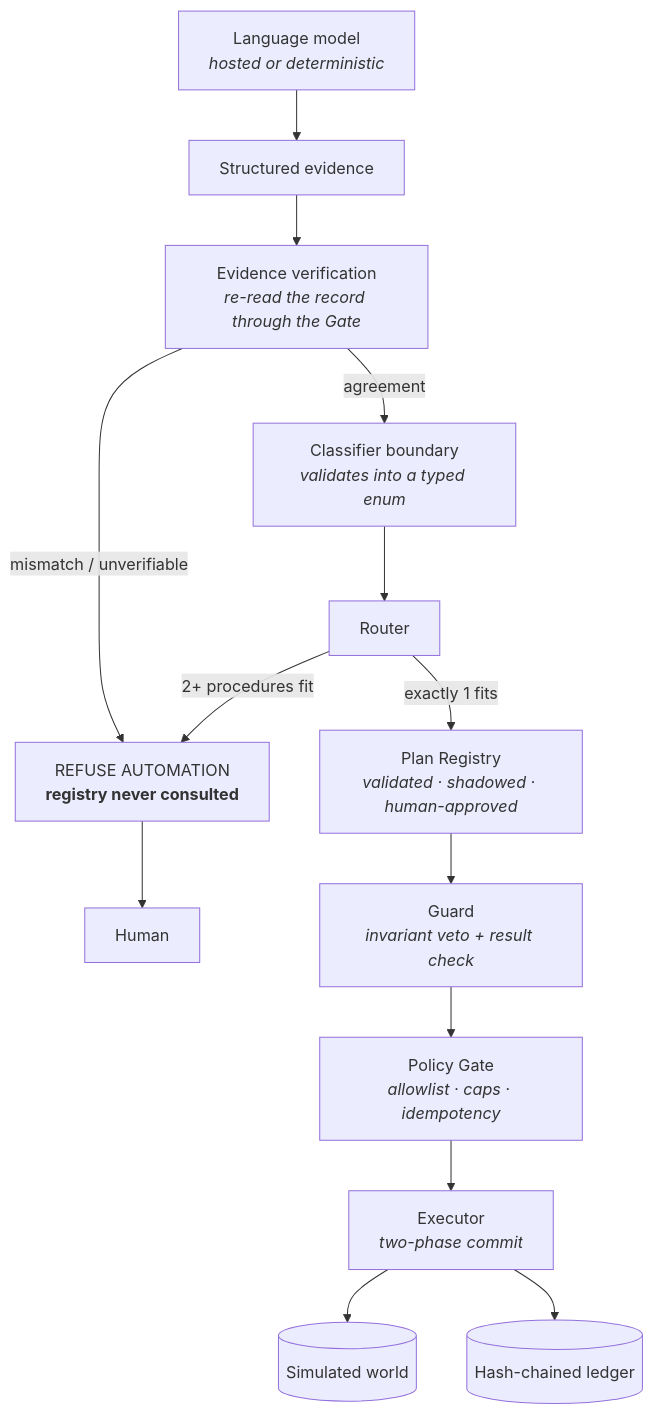
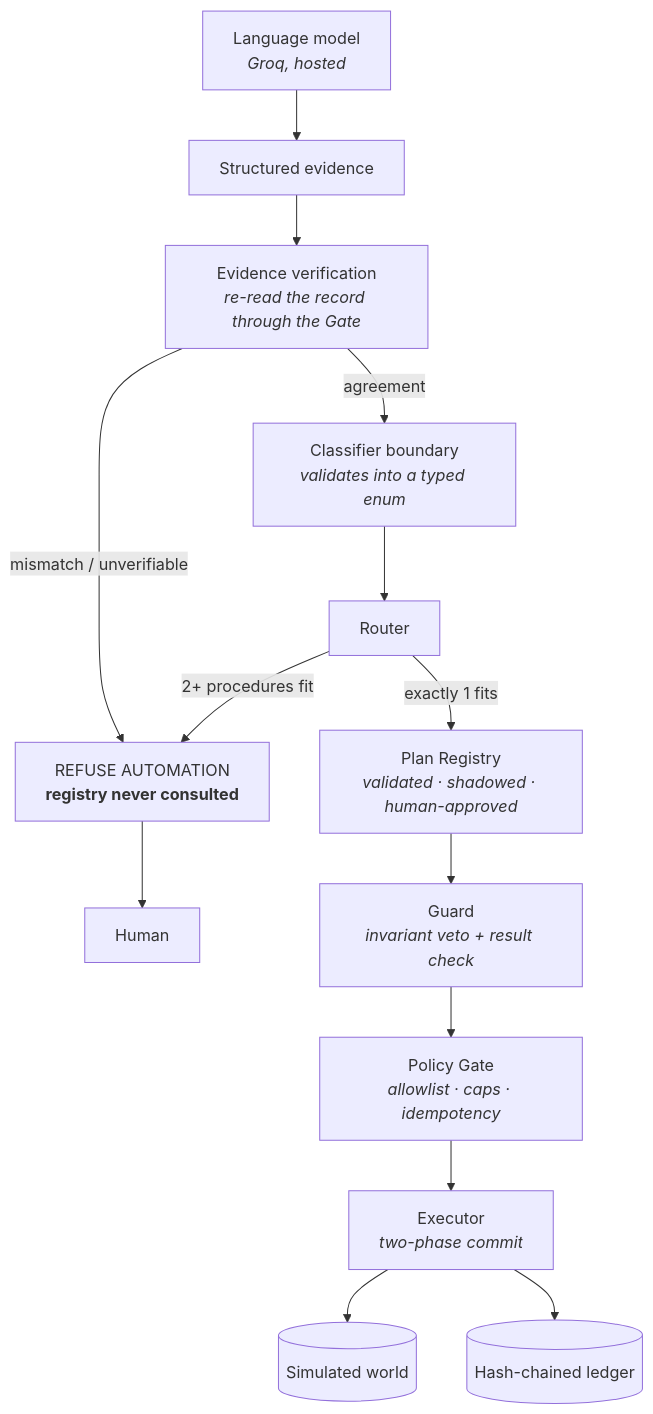
One commit to AyushSingh110/ROTE changed the diagram in README.md. Above: the diagram before and after it, drawn with Mermaid. The commit also changed other lines of this file and 7 other files, not shown here.

````diff
--- a/README.md
+++ b/README.md
@@ -112,16 +107,16 @@
 ```mermaid
 flowchart TD
-    A[Language model<br/><i>hosted or deterministic</i>] --> B[Structured evidence]
+    A[Language model<br/><i>Groq, hosted</i>] --> B[Structured evidence]
     B --> V[Evidence verification<br/><i>re-read the record through the Gate</i>]
     V -->|mismatch / unverifiable| R
     V -->|agreement| C[Classifier boundary<br/><i>validates into a typed enum</i>]
     C --> D[Router]
     D -->|2+ procedures fit| R["REFUSE AUTOMATION<br/><b>registry never consulted</b>"]
     D -->|exactly 1 fits| E[Plan Registry<br/><i>validated · shadowed · human-approved</i>]
     E --> F[Guard<br/><i>invariant veto + result check</i>]
     F --> G[Policy Gate<br/><i>allowlist · caps · idempotency</i>]
     G --> H[Executor<br/><i>two-phase commit</i>]
     H --> W[(Simulated world)]
     H --> L[(Hash-chained ledger)]
     R --> Z[Human]
 ```
````
